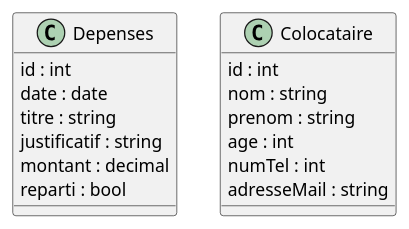
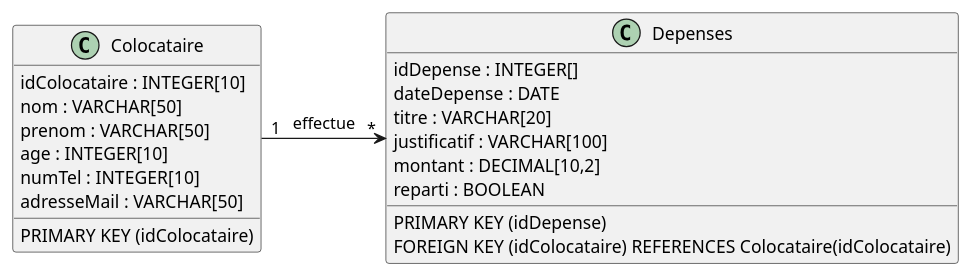
The fifth of 6 diagrams in README.md (MihutaMihail/application_crous), drawn with PlantUML before and after one commit. The commit also changed other lines of this file, not shown here.

````diff
--- a/README.md
+++ b/README.md
@@ -161,23 +161,28 @@
 ```plantuml
 @startuml model1
 scale 1
 
 class Depenses {
-  id : int
-  date : date
-  titre : string
-  justificatif : string
-  montant : decimal
-  reparti : bool
+  idDepense : INTEGER[]
+  dateDepense : DATE
+  titre : VARCHAR[20]
+  justificatif : VARCHAR[100]
+  montant : DECIMAL[10,2]
+  reparti : BOOLEAN
+  PRIMARY KEY (idDepense)
+  FOREIGN KEY (idColocataire) REFERENCES Colocataire(idColocataire)
 }
 
 class Colocataire {
-    id : int
-    nom : string
-    prenom : string
-    age : int
-    numTel : int
-    adresseMail : string
+    idColocataire : INTEGER[10]
+    nom : VARCHAR[50]
+    prenom : VARCHAR[50]
+    age : INTEGER[10]
+    numTel : INTEGER[10]
+    adresseMail : VARCHAR[50]
+    PRIMARY KEY (idColocataire)
 }
+
+Colocataire -> Depenses : "1"   effectue   "*"
 @enduml
 ```
````
